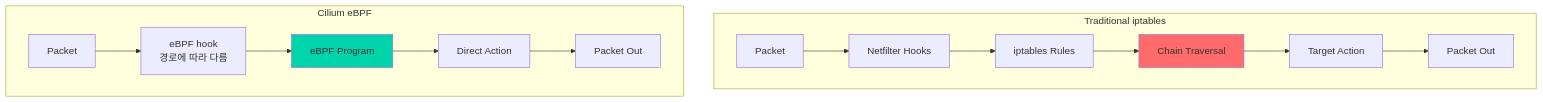
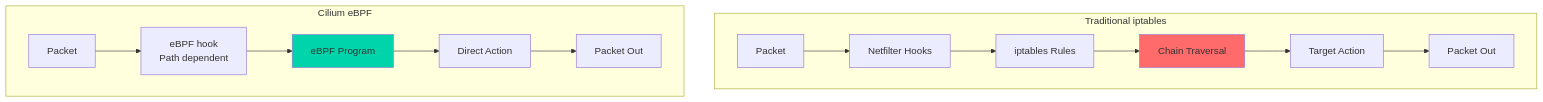
The first of 6 diagrams in docs/eks-best-practices/networking-performance/gateway-api-adoption-guide/cilium-eni-gateway-api.md (devfloor9/engineering-playbook), drawn with Mermaid before and after one commit. The commit also changed other lines of this file and 954 other files, not shown here.

````diff
--- a/docs/eks-best-practices/networking-performance/gateway-api-adoption-guide/cilium-eni-gateway-api.md
+++ b/docs/eks-best-practices/networking-performance/gateway-api-adoption-guide/cilium-eni-gateway-api.md
@@ -44,20 +44,20 @@
 ```mermaid
 graph TB
     subgraph "Traditional iptables"
         A[Packet] --> B[Netfilter Hooks]
         B --> C[iptables Rules]
         C --> D[Chain Traversal]
         D --> E[Target Action]
         E --> F[Packet Out]
     end
 
     subgraph "Cilium eBPF"
-        G[Packet] --> H[eBPF hook<br/>경로에 따라 다름]
+        G[Packet] --> H[eBPF hook<br/>Path dependent]
         H --> I[eBPF Program]
         I --> J[Direct Action]
         J --> K[Packet Out]
     end
 
     style I fill:#00D4AA
     style D fill:#FF6B6B
 ```
````
